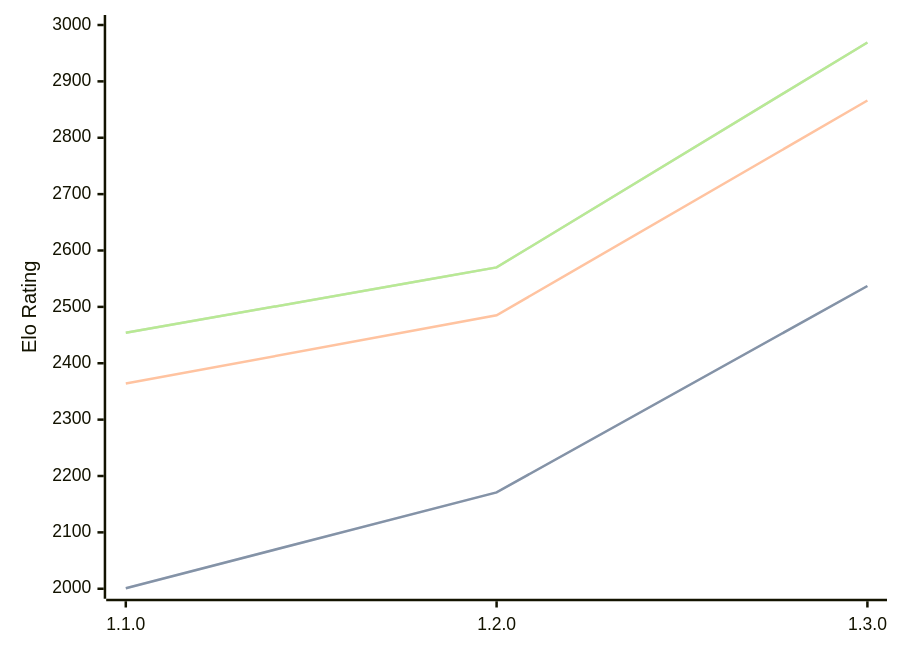
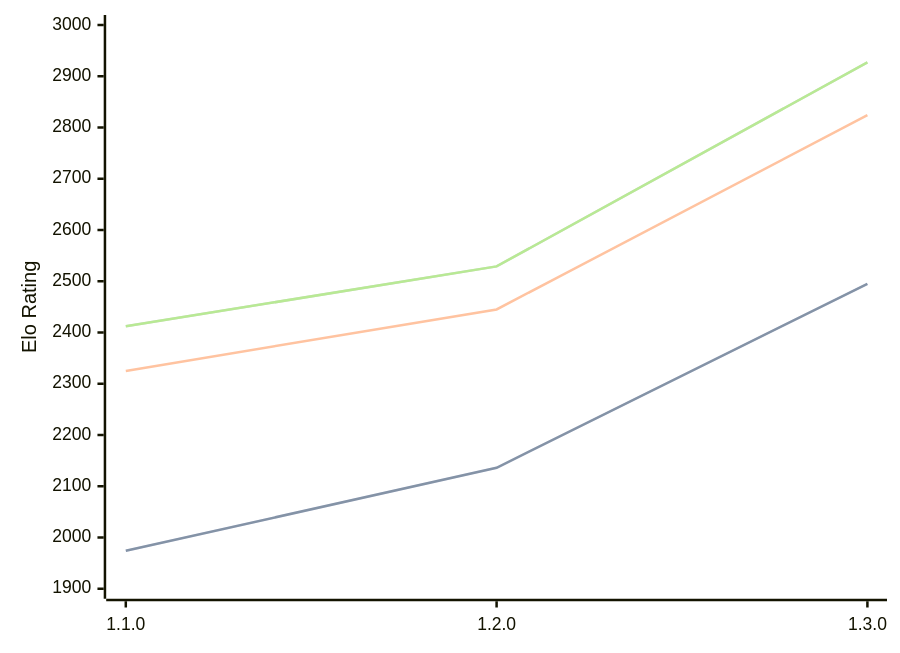
Before and after one commit to computer-chess-index/cci: the diagram in engines/Gyatso.md, drawn with Mermaid. The commit also changed other lines of this file, not shown here.

Commit message:
Update CCI Ratings (ELO VLTC) - 2026-05-19

````diff
--- a/engines/Gyatso.md
+++ b/engines/Gyatso.md
@@ -34,11 +34,11 @@
 ```mermaid
 %%{init: {"theme":"base","themeVariables":{"seriesColors:['#a3a3a3','#222221','#faa371']}}}%%
 xychart-beta
   x-axis ["1.1.0", "1.2.0", "1.3.0"]
-  y-axis "Elo Rating" 2000 --> 3000
-  line "STC (8.0+0.08s)" [2001, 2171, 2537]
-  line "STC (8.0+0.08s)" [2001, 2171, 2537]
-  line "LTC (60.0+0.60s)" [2364, 2485, 2866]
-  line "VLTC (2m24s+1.12s)" [2454, 2570, 2969]
-  line "VLTC (2m24s+1.12s)" [2454, 2570, 2969]
+  y-axis "Elo Rating" 1900 --> 3000
+  line "STC (8.0+0.08s)" [1974, 2136, 2495]
+  line "STC (8.0+0.08s)" [1974, 2136, 2495]
+  line "LTC (60.0+0.60s)" [2325, 2445, 2824]
+  line "VLTC (2m24s+1.12s)" [2412, 2529, 2927]
+  line "VLTC (2m24s+1.12s)" [2412, 2529, 2927]
 ```
````
